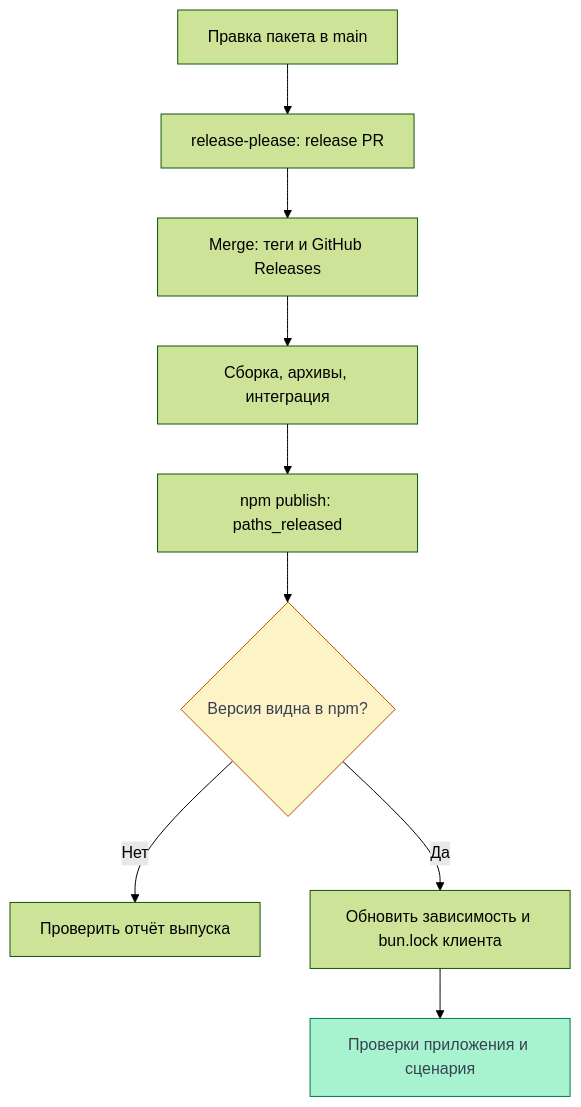
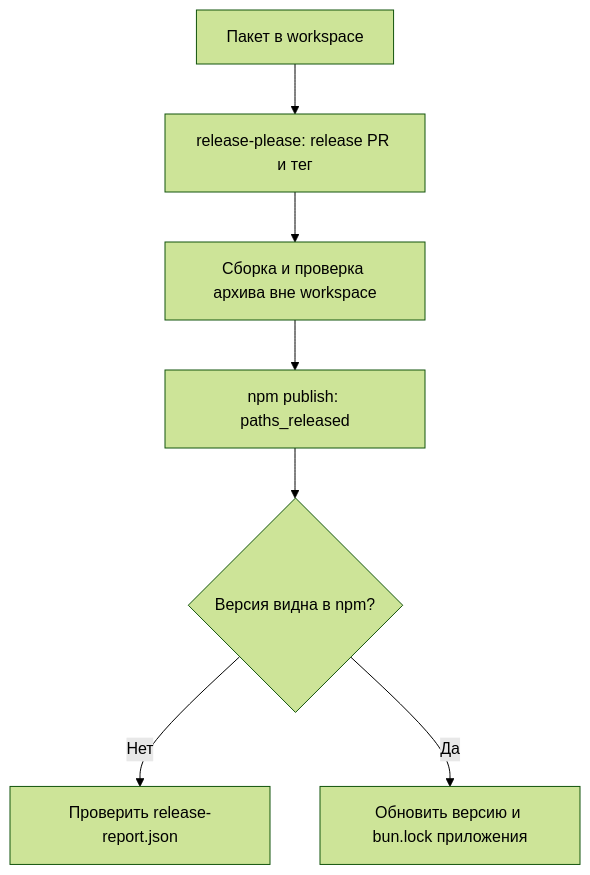
The diagram in site/documentation/frontend/packages.md (Cringe-Driven-Development-Team/docs), drawn with Mermaid (forest theme) before and after one commit. The commit also changed other lines of this file and 8 other files, not shown here.

````diff
--- a/site/documentation/frontend/packages.md
+++ b/site/documentation/frontend/packages.md
@@ -111,18 +40,9 @@
 ```mermaid
-%% Flowchart: выпуск владельца и отдельное обновление потребителя.
 flowchart TB
-    change["Правка пакета в main"]
-    releasePr["release-please: release PR"]
-    change --> releasePr
-    releasePr --> tags["Merge: теги и GitHub Releases"]
-    tags --> verify["Сборка, архивы, интеграция"]
-    verify --> publish["npm publish: paths_released"]
-    publish --> visible{"Версия видна в npm?"}
-    visible -->|Нет| investigate["Проверить отчёт выпуска"]
-    visible -->|Да| update["Обновить зависимость и bun.lock клиента"]
-    update --> checks["Проверки приложения и сценария"]
-    classDef decision fill:#fef3c7,stroke:#b45309,color:#374151
-    classDef success fill:#a7f3d0,stroke:#047857,color:#374151
-    class visible decision
-    class checks success
+    W["Пакет в workspace"] --> R["release-please: release PR и тег"]
+    R --> C["Сборка и проверка архива вне workspace"]
+    C --> P["npm publish: paths_released"]
+    P --> V{"Версия видна в npm?"}
+    V -->|Нет| E["Проверить release-report.json"]
+    V -->|Да| F["Обновить версию и bun.lock приложения"]
 ```
````
